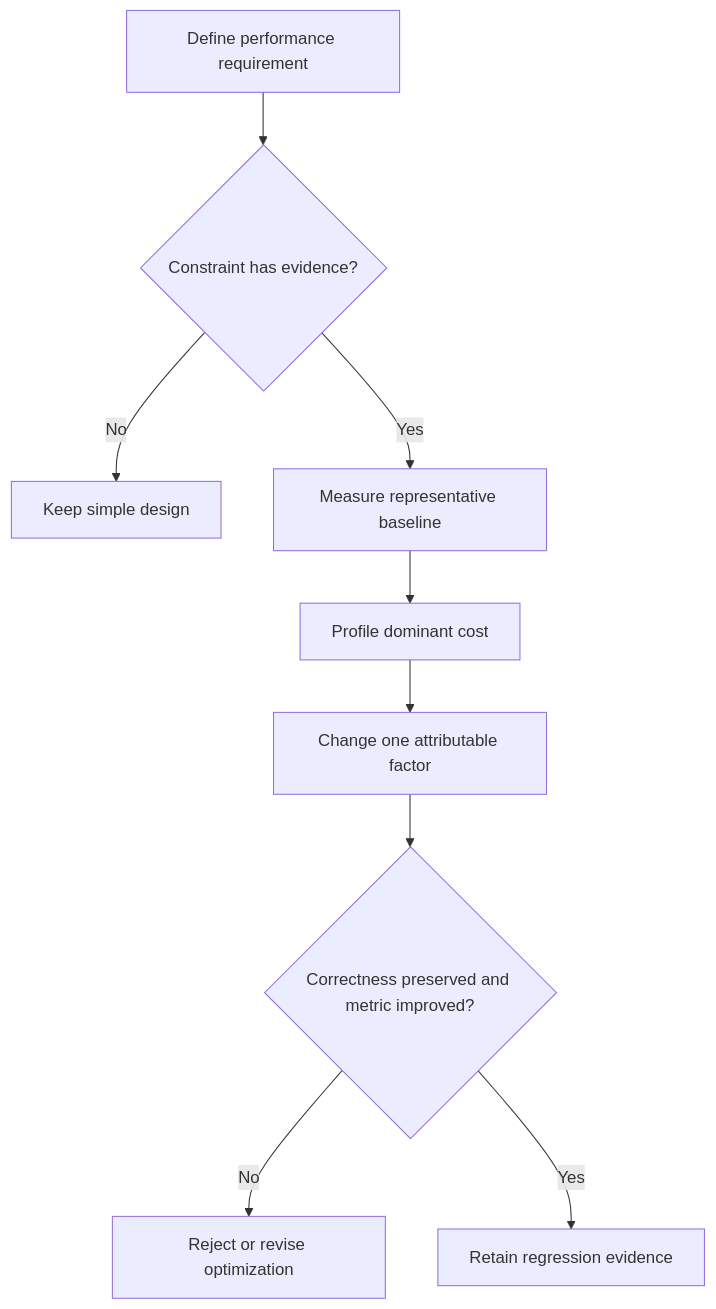
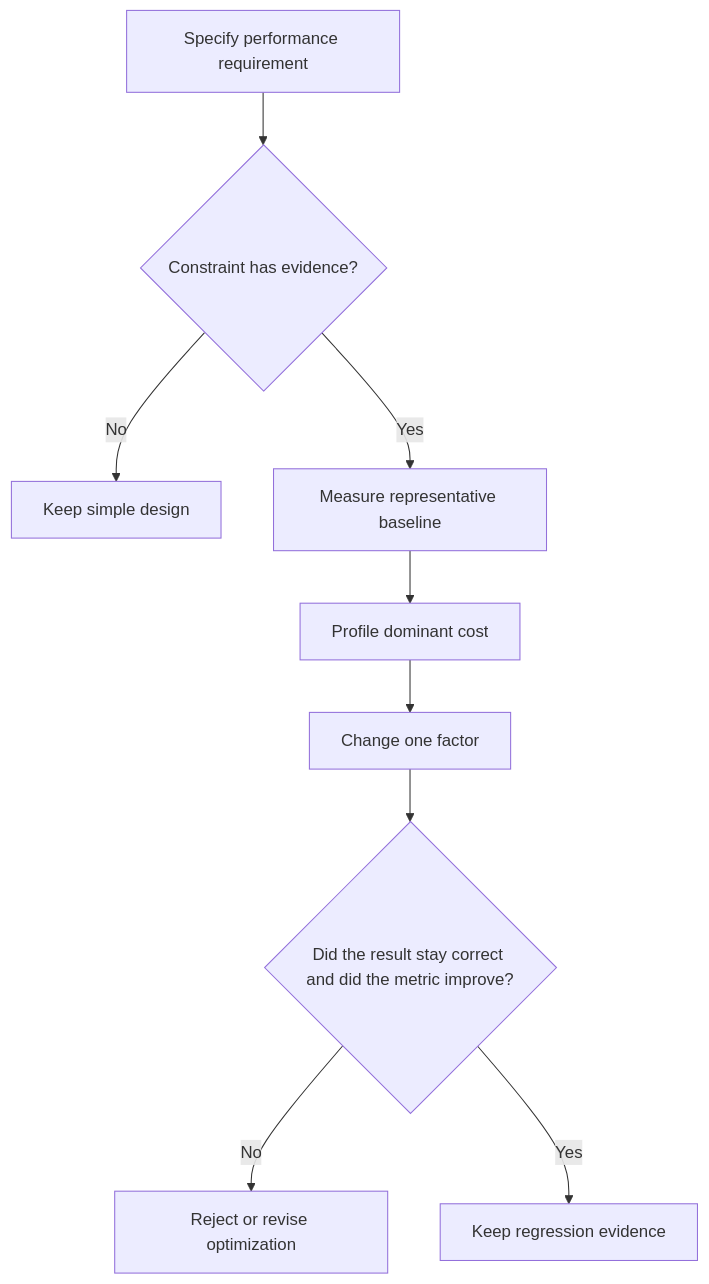
Before and after one commit to HomericIntelligence/Athena: the diagram in docs/principles/details/p073-optimize-only-with-evidence.md, drawn with Mermaid. The commit also changed other lines of this file and 91 other files, not shown here.

````diff
--- a/docs/principles/details/p073-optimize-only-with-evidence.md
+++ b/docs/principles/details/p073-optimize-only-with-evidence.md
@@ -35,11 +36,11 @@
 ```mermaid
 flowchart TD
-    A["Define performance requirement"] --> B{"Constraint has evidence?"}
+    A["Specify performance requirement"] --> B{"Constraint has evidence?"}
     B -- "No" --> C["Keep simple design"]
     B -- "Yes" --> D["Measure representative baseline"]
     D --> E["Profile dominant cost"]
-    E --> F["Change one attributable factor"]
-    F --> G{"Correctness preserved and metric improved?"}
+    E --> F["Change one factor"]
+    F --> G{"Did the result stay correct and did the metric improve?"}
     G -- "No" --> H["Reject or revise optimization"]
-    G -- "Yes" --> I["Retain regression evidence"]
+    G -- "Yes" --> I["Keep regression evidence"]
 ```
````
